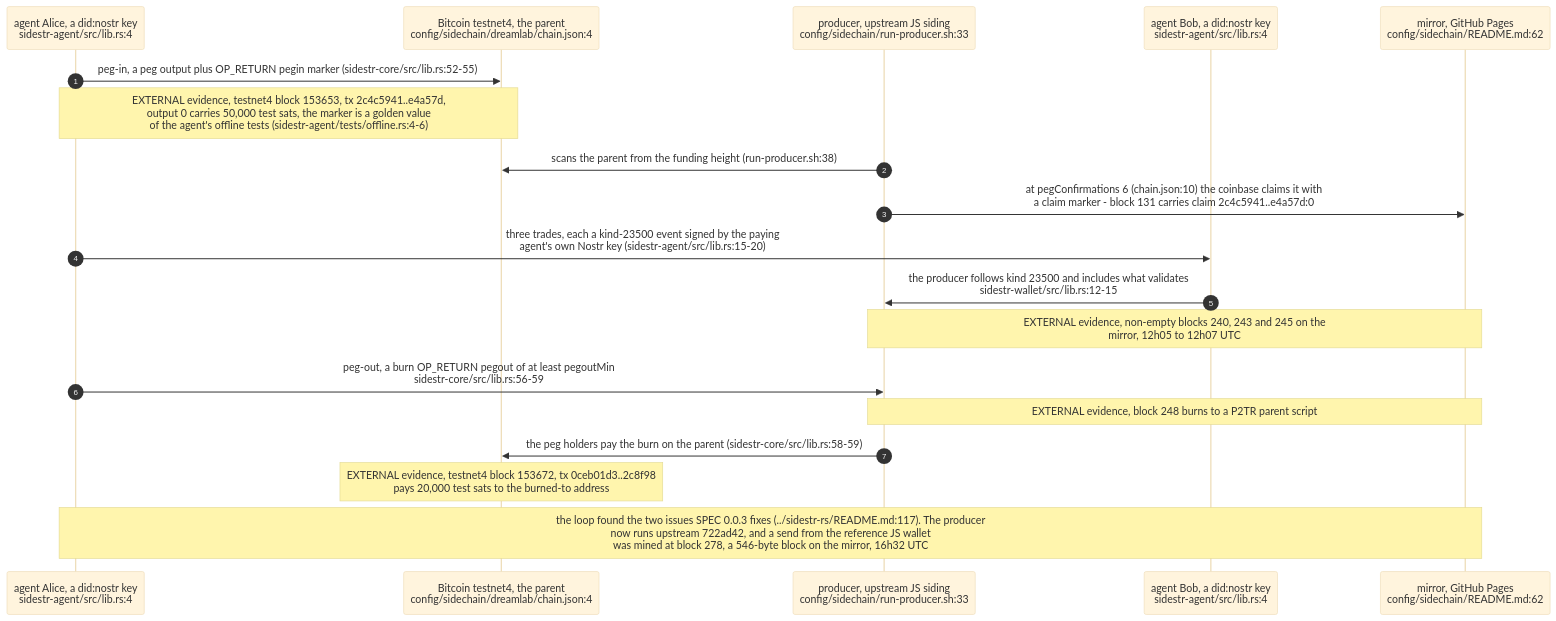
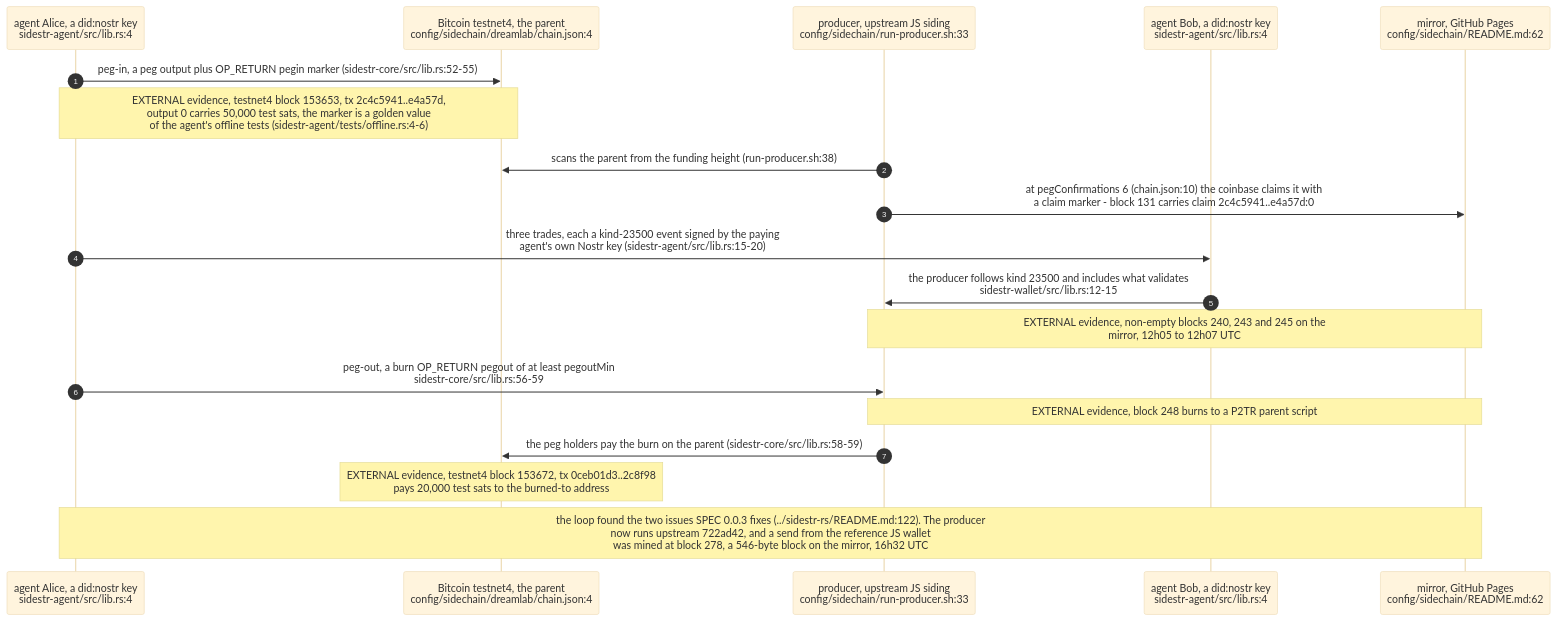
Before and after one commit to DreamLab-AI/VisionFlow: the fifth of 6 diagrams in docs/diagrams/sidestr-rs/01-crates-oracle-and-live-loop.md, drawn with Mermaid (base theme). The commit also changed other lines of this file and 2 other files, not shown here.

First line of the commit message:
docs(diagrams): re-stamp SR-01 at sidestr-rs 1b5c508 — released on crates.io, verification pass recorded

````diff
--- a/docs/diagrams/sidestr-rs/01-crates-oracle-and-live-loop.md
+++ b/docs/diagrams/sidestr-rs/01-crates-oracle-and-live-loop.md
@@ -176,22 +179,22 @@
 ```mermaid
 sequenceDiagram
     autonumber
     participant A as agent Alice, a did:nostr key<br/>sidestr-agent/src/lib.rs:4
     participant T as Bitcoin testnet4, the parent<br/>config/sidechain/dreamlab/chain.json:4
     participant P as producer, upstream JS siding<br/>config/sidechain/run-producer.sh:33
     participant B as agent Bob, a did:nostr key<br/>sidestr-agent/src/lib.rs:4
     participant MI as mirror, GitHub Pages<br/>config/sidechain/README.md:62
 
     A->>T: peg-in, a peg output plus OP_RETURN pegin marker (sidestr-core/src/lib.rs:52-55)
     Note over A,T: EXTERNAL evidence, testnet4 block 153653, tx 2c4c5941..e4a57d,<br/>output 0 carries 50,000 test sats, the marker is a golden value<br/>of the agent's offline tests (sidestr-agent/tests/offline.rs:4-6)
     P->>T: scans the parent from the funding height (run-producer.sh:38)
     P->>MI: at pegConfirmations 6 (chain.json:10) the coinbase claims it with<br/>a claim marker - block 131 carries claim 2c4c5941..e4a57d:0
     A->>B: three trades, each a kind-23500 event signed by the paying<br/>agent's own Nostr key (sidestr-agent/src/lib.rs:15-20)
     B->>P: the producer follows kind 23500 and includes what validates<br/>sidestr-wallet/src/lib.rs:12-15
     Note over P,MI: EXTERNAL evidence, non-empty blocks 240, 243 and 245 on the<br/>mirror, 12h05 to 12h07 UTC
     A->>P: peg-out, a burn OP_RETURN pegout of at least pegoutMin<br/>sidestr-core/src/lib.rs:56-59
     Note over P,MI: EXTERNAL evidence, block 248 burns to a P2TR parent script
     P->>T: the peg holders pay the burn on the parent (sidestr-core/src/lib.rs:58-59)
     Note over T: EXTERNAL evidence, testnet4 block 153672, tx 0ceb01d3..2c8f98<br/>pays 20,000 test sats to the burned-to address
-    Note over A,MI: the loop found the two issues SPEC 0.0.3 fixes (../sidestr-rs/README.md:117). The producer<br/>now runs upstream 722ad42, and a send from the reference JS wallet<br/>was mined at block 278, a 546-byte block on the mirror, 16h32 UTC
+    Note over A,MI: the loop found the two issues SPEC 0.0.3 fixes (../sidestr-rs/README.md:122). The producer<br/>now runs upstream 722ad42, and a send from the reference JS wallet<br/>was mined at block 278, a 546-byte block on the mirror, 16h32 UTC
 ```
````
